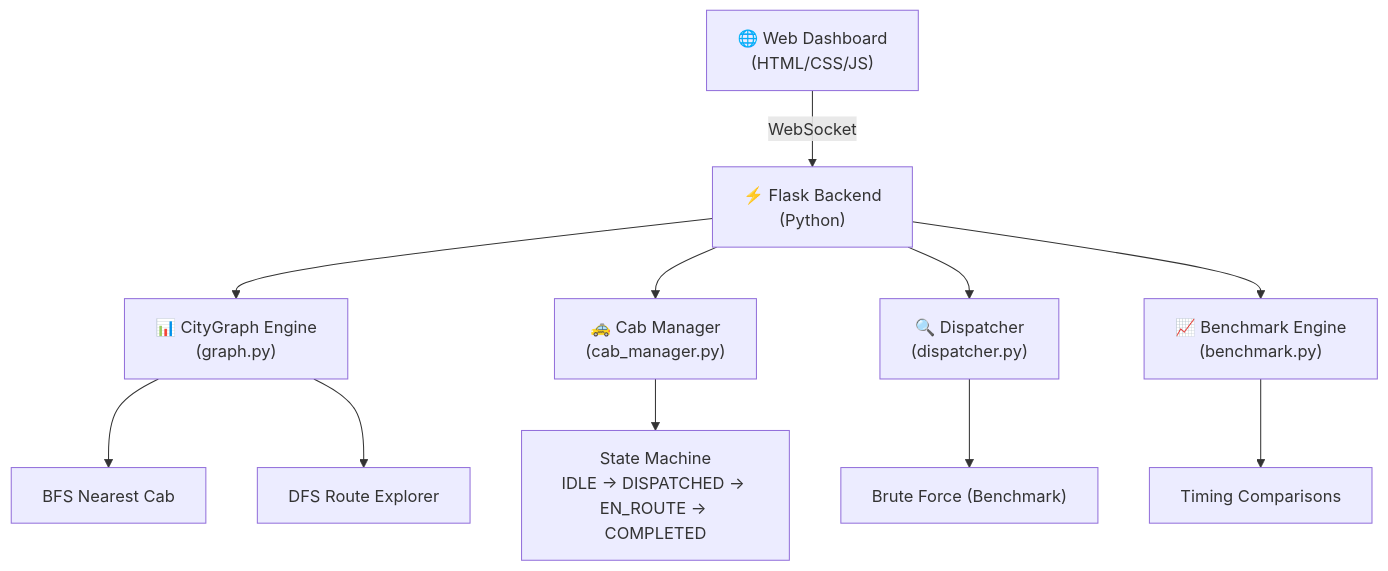
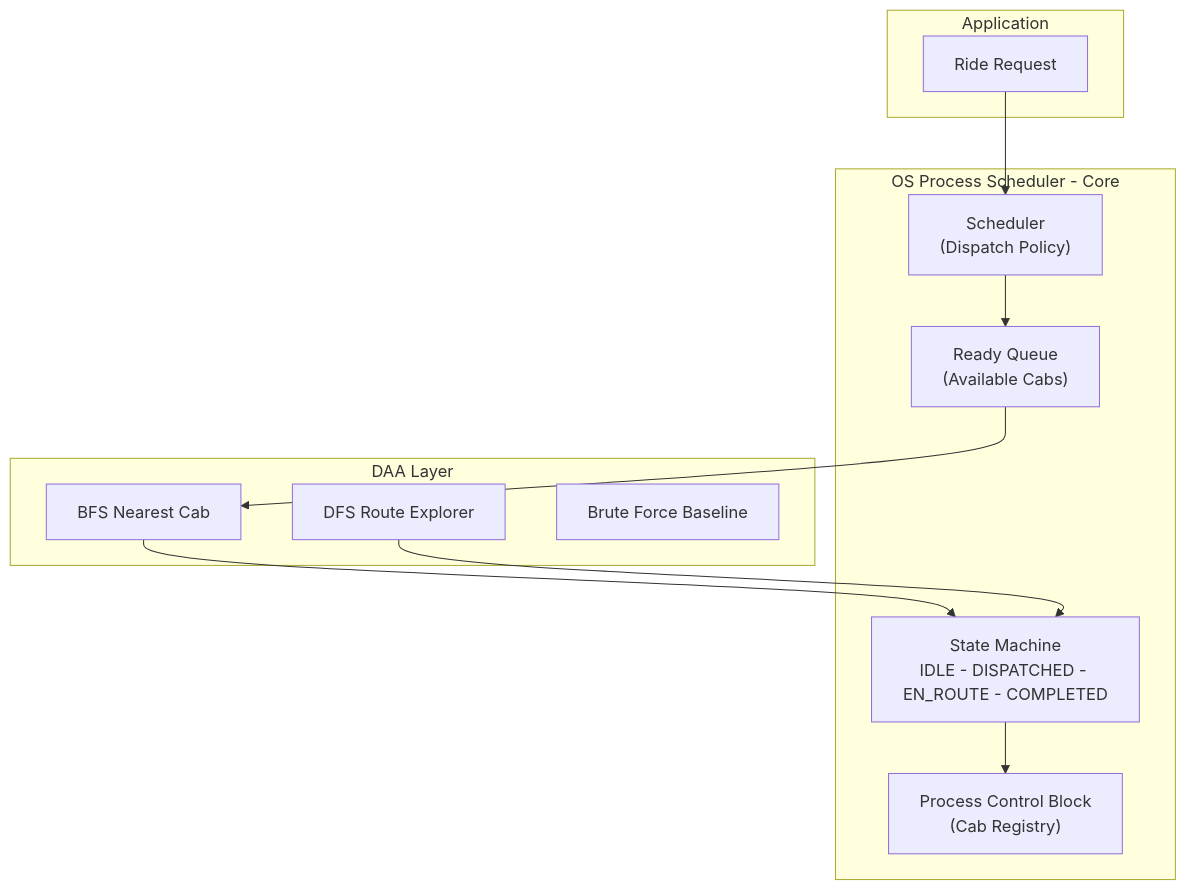
Before and after one commit to KoushalGH/FlashHackV2: the diagram in implementation_plan.md, drawn with Mermaid. The commit also changed other lines of this file, not shown here.

````diff
--- a/implementation_plan.md
+++ b/implementation_plan.md
@@ -11,13 +11,24 @@
 ```mermaid
 graph TD
-    A["🌐 Web Dashboard<br/>(HTML/CSS/JS)"] -->|WebSocket| B["⚡ Flask Backend<br/>(Python)"]
-    B --> C["📊 CityGraph Engine<br/>(graph.py)"]
-    B --> D["🚕 Cab Manager<br/>(cab_manager.py)"]
-    B --> E["🔍 Dispatcher<br/>(dispatcher.py)"]
-    C --> F["BFS Nearest Cab"]
-    C --> G["DFS Route Explorer"]
-    E --> H["Brute Force (Benchmark)"]
-    D --> I["State Machine<br/>IDLE → DISPATCHED → EN_ROUTE → COMPLETED"]
-    B --> J["📈 Benchmark Engine<br/>(benchmark.py)"]
-    J --> K["Timing Comparisons"]
+    subgraph "OS Process Scheduler - Core"
+        PCB["Process Control Block<br/>(Cab Registry)"]
+        SM["State Machine<br/>IDLE - DISPATCHED - EN_ROUTE - COMPLETED"]
+        Q["Ready Queue<br/>(Available Cabs)"]
+        SCH["Scheduler<br/>(Dispatch Policy)"]
+    end
+
+    subgraph "DAA Layer"
+        BFS["BFS Nearest Cab"]
+        DFS["DFS Route Explorer"]
+        BF["Brute Force Baseline"]
+    end
+
+    subgraph "Application"
+        REQ["Ride Request"] --> SCH
+        SCH --> Q
+        Q --> BFS
+        BFS --> SM
+        SM --> PCB
+        DFS --> SM
+    end
 ```
````
